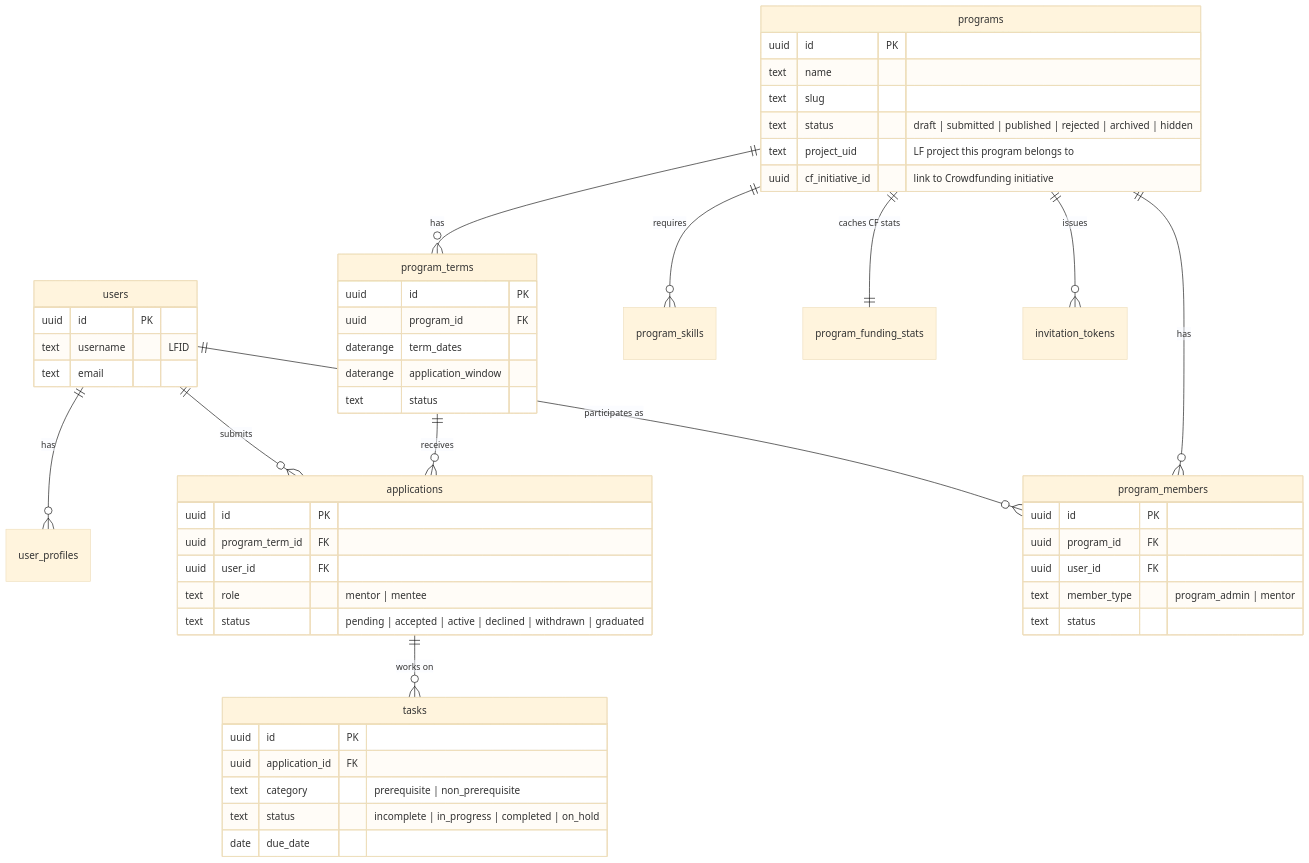
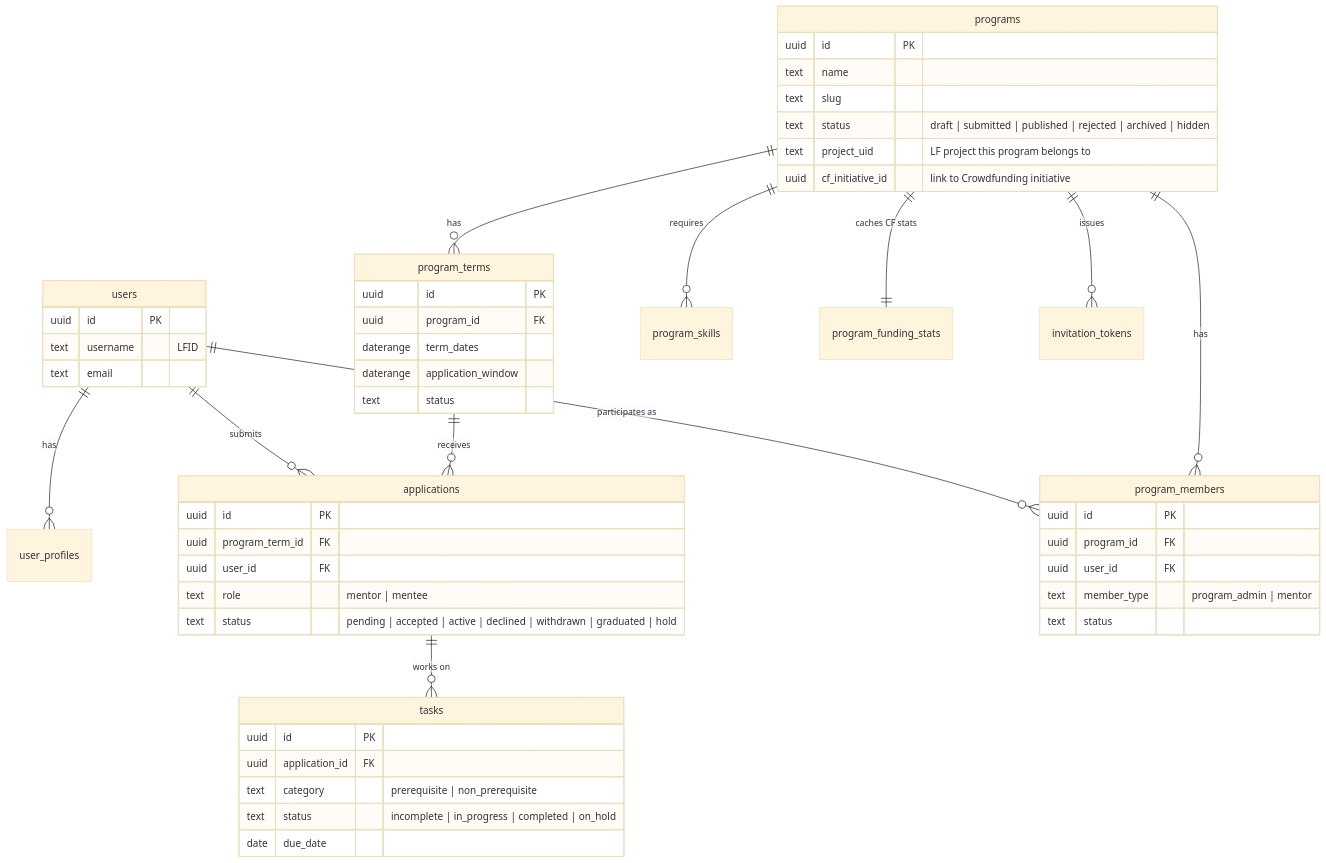
The second of 2 diagrams in docs/rewrite/02-target-architecture.md (linuxfoundation/lfx-mentorship), drawn with Mermaid (base theme) before and after one commit. The commit also changed other lines of this file and 1 other file, not shown here.

Commit message:
docs(rewrite): resolve ETL mentor mapping and the `hold` status divergence
Address review comments from copilot[bot] on PR #119.

03-migration-plan.md:
- The `mentor` row mapping sent the same rows to two non-exclusive
  targets (memberships and applications). Replaced with a status-keyed
  partition table so each legacy row has exactly one destination, and
  stated explicitly that accepted mentors get no synthesized application
  row, since legacy cannot distinguish "invited" from "applied".
- Recorded the open question that blocks the mentor-application half:
  `applications.program_term_id` is NOT NULL, but mentors apply to a
  program, so as merged the schema rejects these rows outright.

02-target-architecture.md:
- The ERD omitted `hold`, which `applications_status_check` permits.
  Added it, with a note that 03 argues it belongs in its own column so
  the two documents disagree visibly rather than silently.

````diff
--- a/docs/rewrite/02-target-architecture.md
+++ b/docs/rewrite/02-target-architecture.md
@@ -96,55 +96,55 @@
 ```mermaid
 erDiagram
     users ||--o{ user_profiles : has
     users ||--o{ applications : submits
     users ||--o{ program_members : "participates as"
     programs ||--o{ program_terms : has
     programs ||--o{ program_members : has
     programs ||--o{ program_skills : requires
     programs ||--|| program_funding_stats : "caches CF stats"
     program_terms ||--o{ applications : receives
     applications ||--o{ tasks : "works on"
     programs ||--o{ invitation_tokens : issues
 
     users {
         uuid id PK
         text username "LFID"
         text email
     }
     programs {
         uuid id PK
         text name
         text slug
         text status "draft | submitted | published | rejected | archived | hidden"
         text project_uid "LF project this program belongs to"
         uuid cf_initiative_id "link to Crowdfunding initiative"
     }
     program_terms {
         uuid id PK
         uuid program_id FK
         daterange term_dates
         daterange application_window
         text status
     }
     applications {
         uuid id PK
         uuid program_term_id FK
         uuid user_id FK
         text role "mentor | mentee"
-        text status "pending | accepted | active | declined | withdrawn | graduated"
+        text status "pending | accepted | active | declined | withdrawn | graduated | hold"
     }
     program_members {
         uuid id PK
         uuid program_id FK
         uuid user_id FK
         text member_type "program_admin | mentor"
         text status
     }
     tasks {
         uuid id PK
         uuid application_id FK
         text category "prerequisite | non_prerequisite"
         text status "incomplete | in_progress | completed | on_hold"
         date due_date
     }
 ```
````
